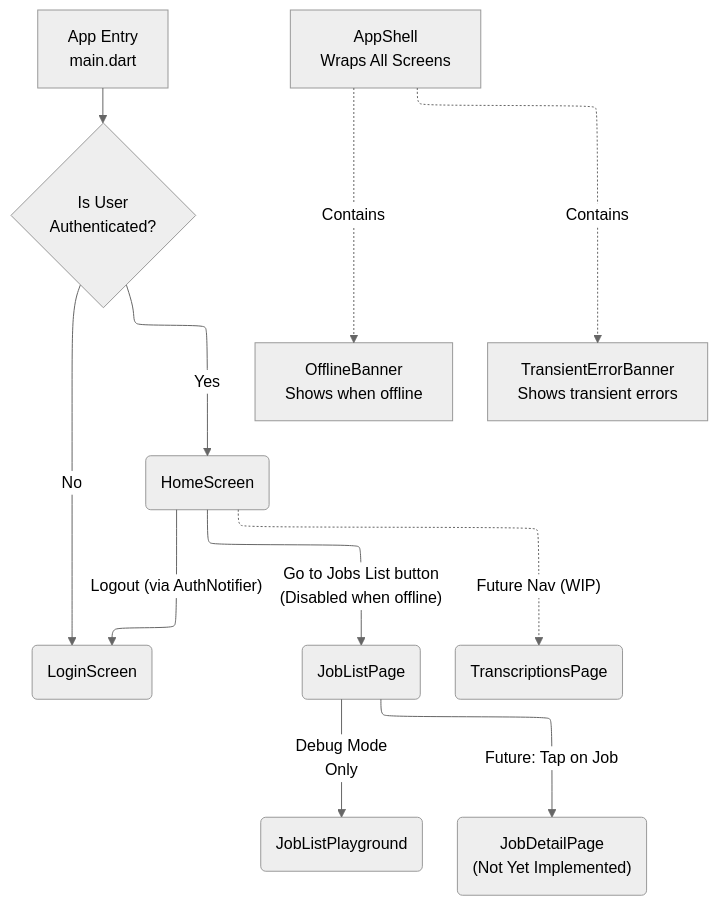
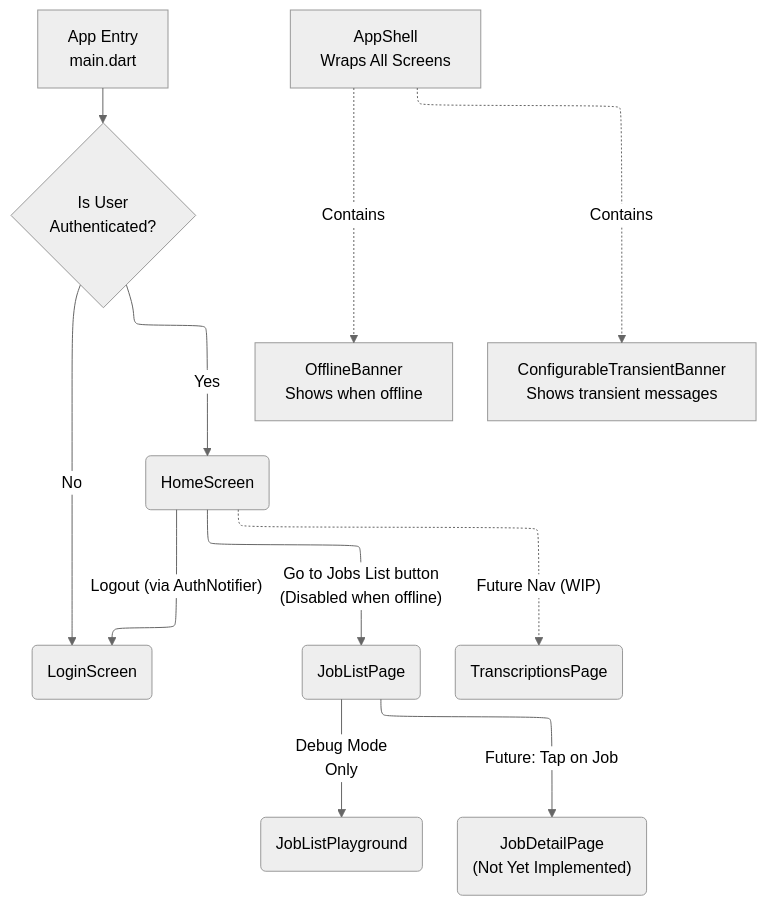
One commit to MediScribe/docjet-mobile changed the first of 2 diagrams in docs/current/ui-screens-overview.md. Above: the diagram before and after it, drawn with Mermaid (neutral theme). The commit also changed other lines of this file and 3 other files, not shown here.

First line of the commit message:
docs: Update architecture for centralized notification system

````diff
--- a/docs/current/ui-screens-overview.md
+++ b/docs/current/ui-screens-overview.md
@@ -7,25 +7,25 @@
 ```mermaid
 %%{init: {'flowchart': {'defaultRenderer': 'elk'}}}%%
 graph TD
     %% Main App Entry Point
     MainApp[App Entry<br>main.dart] --> AuthCheck{Is User<br>Authenticated?}
     
     %% Authentication Flow
     AuthCheck -->|No| LoginScreen(LoginScreen)
     AuthCheck -->|Yes| HomeScreen(HomeScreen)
     
     %% Normal Navigation Paths
     HomeScreen -->|"Logout (via AuthNotifier)"| LoginScreen
     HomeScreen -->|"Go to Jobs List button<br>(Disabled when offline)"| JobListPage(JobListPage)
     
     %% Jobs Feature Navigation
     JobListPage -->|"Debug Mode<br>Only"| JobListPlayground(JobListPlayground)
     JobListPage -->|"Future: Tap on Job"| JobDetailPage("JobDetailPage<br>(Not Yet Implemented)")
     
     %% Planned Future Navigation (WIP)
     HomeScreen -.->|"Future Nav (WIP)"| TranscriptionsPage(TranscriptionsPage)
     
     %% Global UI Components
     AppShell[AppShell<br>Wraps All Screens] -.->|"Contains"| OfflineBanner[OfflineBanner<br>Shows when offline]
-    AppShell -.->|"Contains"| TransientErrorBanner[TransientErrorBanner<br>Shows transient errors]
+    AppShell -.->|"Contains"| ConfigurableTransientBanner[ConfigurableTransientBanner<br>Shows transient messages]
 ```
````
